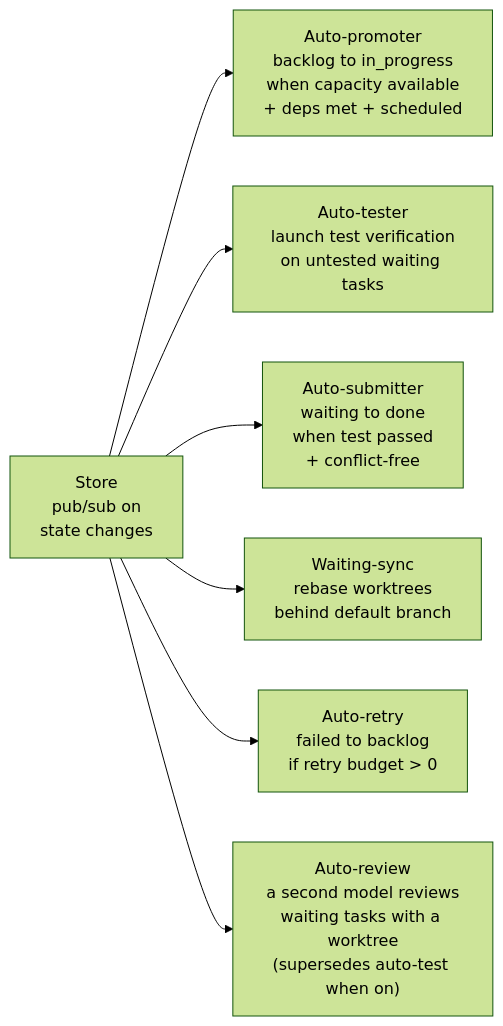
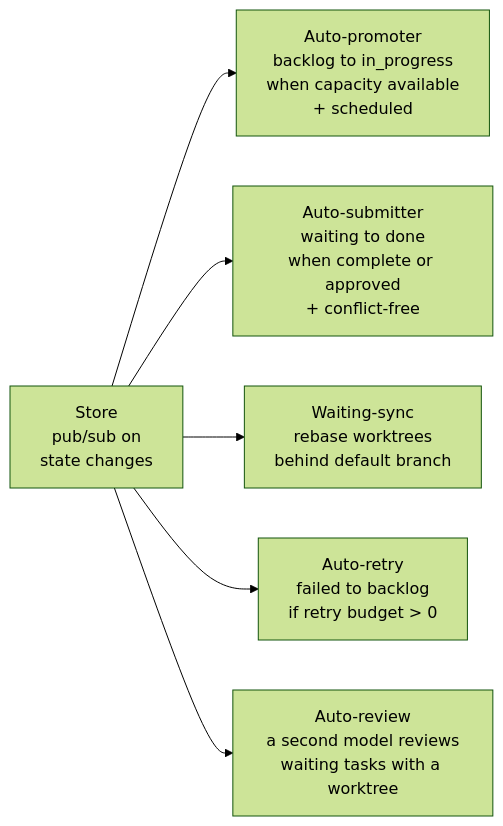
Before and after one commit to changkun/wallfacer: the third of 5 diagrams in docs/internals/architecture.md, drawn with Mermaid (forest theme). The commit also changed other lines of this file and 103 other files, not shown here.

First line of the commit message:
tasks: no test run: a waiting task is reviewed or accepted, and POST /api/tasks/{id}/test, the auto-tester and the testing activity are gone

````diff
--- a/docs/internals/architecture.md
+++ b/docs/internals/architecture.md
@@ -99,11 +99,10 @@
 ```mermaid
 flowchart LR
     PubSub["Store<br/>pub/sub on<br/>state changes"]
 
-    PubSub --> Promoter["Auto-promoter<br/>backlog to in_progress<br/>when capacity available<br/>+ deps met + scheduled"]
-    PubSub --> Tester["Auto-tester<br/>launch test verification<br/>on untested waiting tasks"]
-    PubSub --> Submitter["Auto-submitter<br/>waiting to done<br/>when test passed<br/>+ conflict-free"]
+    PubSub --> Promoter["Auto-promoter<br/>backlog to in_progress<br/>when capacity available<br/>+ scheduled"]
+    PubSub --> Submitter["Auto-submitter<br/>waiting to done<br/>when complete or approved<br/>+ conflict-free"]
     PubSub --> Sync["Waiting-sync<br/>rebase worktrees<br/>behind default branch"]
     PubSub --> Retry["Auto-retry<br/>failed to backlog<br/>if retry budget > 0"]
-    PubSub --> Review["Auto-review<br/>a second model reviews<br/>waiting tasks with a worktree<br/>(supersedes auto-test when on)"]
+    PubSub --> Review["Auto-review<br/>a second model reviews<br/>waiting tasks with a worktree"]
 ```
````
